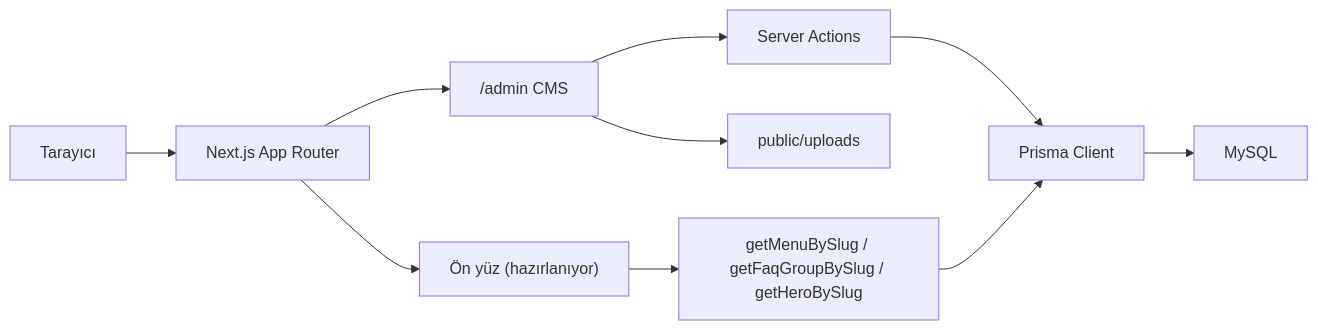
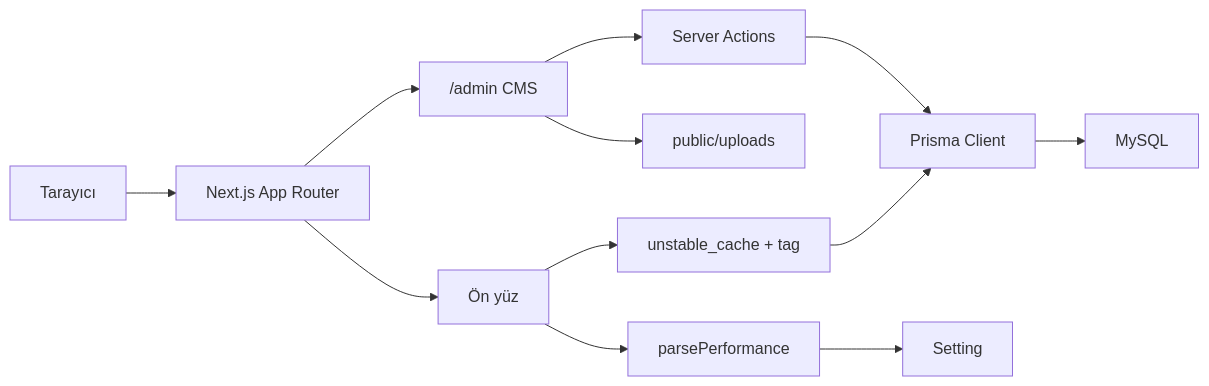
One commit to ihsanakyildiz/FirmaProjesi changed the diagram in README.md. Above: the diagram before and after it, drawn with Mermaid. The commit also changed other lines of this file and 103 other files, not shown here.

````diff
--- a/README.md
+++ b/README.md
@@ -49,12 +51,14 @@
 ```mermaid
 flowchart LR
   Browser["Tarayıcı"] --> Next["Next.js App Router"]
   Next --> Admin["/admin CMS"]
-  Next --> Public["Ön yüz (hazırlanıyor)"]
+  Next --> Public["Ön yüz"]
   Admin --> Actions["Server Actions"]
   Actions --> Prisma["Prisma Client"]
   Prisma --> MySQL["MySQL"]
   Admin --> Uploads["public/uploads"]
-  Public --> Helpers["getMenuBySlug / getFaqGroupBySlug / getHeroBySlug"]
-  Helpers --> Prisma
+  Public --> Cache["unstable_cache + tag"]
+  Public --> Perf["parsePerformance"]
+  Cache --> Prisma
+  Perf --> Settings["Setting"]
 ```
````
